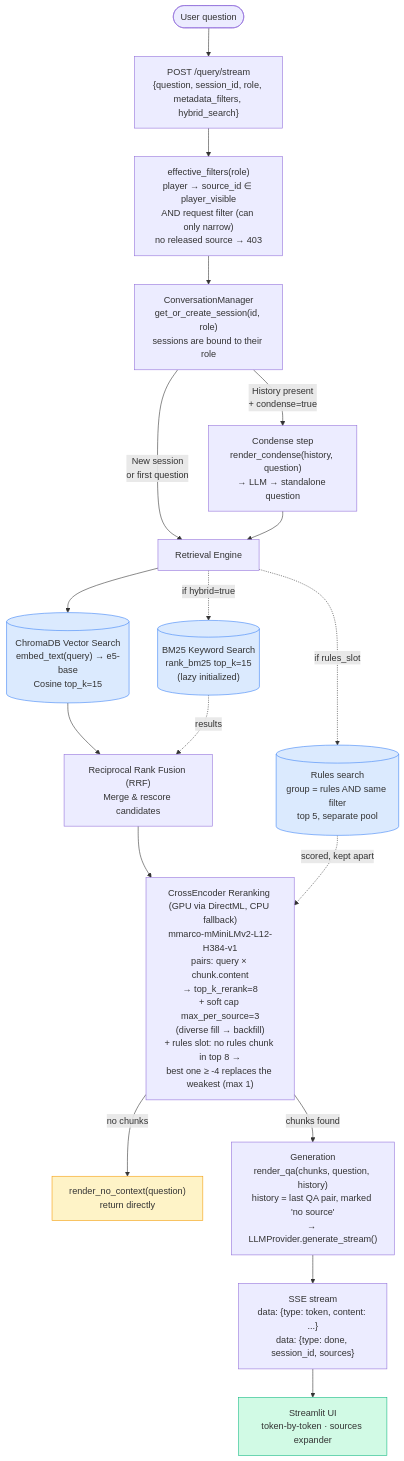
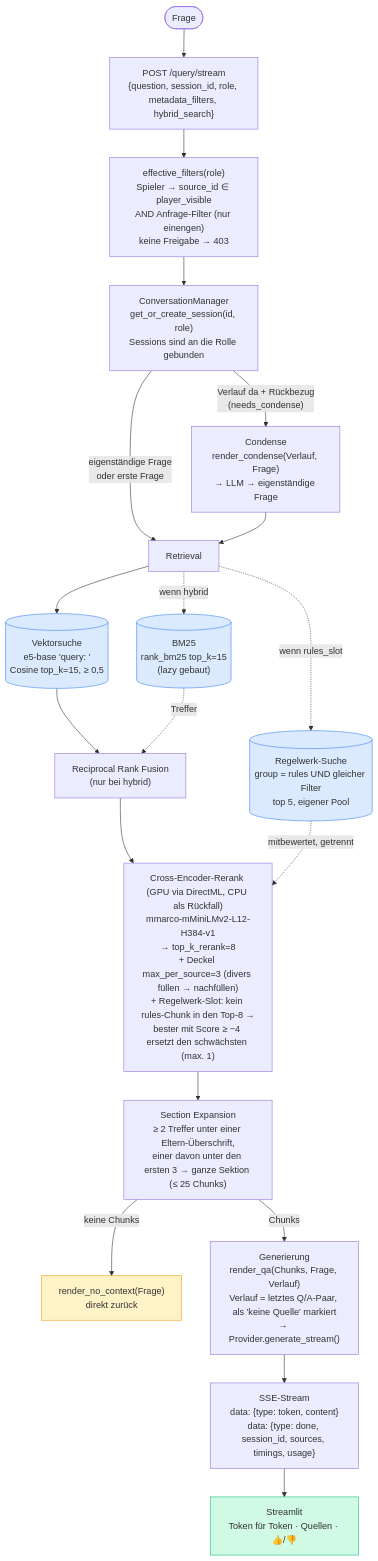
Before and after one commit to FabianHentrich/lorekeeper: the second of 5 diagrams in docs/data-flow.md, drawn with Mermaid. The commit also changed other lines of this file and 15 other files, not shown here.

First line of the commit message:
Docs in German, one place per fact, drop the changelog

````diff
--- a/docs/data-flow.md
+++ b/docs/data-flow.md
@@ -64,40 +68,41 @@
 ```mermaid
 flowchart TD
-    USER([User question]) --> API["POST /query/stream\n{question, session_id, role, metadata_filters, hybrid_search}"]
+    USER([Frage]) --> API["POST /query/stream\n{question, session_id, role, metadata_filters, hybrid_search}"]
 
-    API --> ACCESS["effective_filters(role)\nplayer → source_id ∈ player_visible\nAND request filter (can only narrow)\nno released source → 403"]
-    ACCESS --> CM["ConversationManager\nget_or_create_session(id, role)\nsessions are bound to their role"]
+    API --> ACCESS["effective_filters(role)\nSpieler → source_id ∈ player_visible\nAND Anfrage-Filter (nur einengen)\nkeine Freigabe → 403"]
+    ACCESS --> CM["ConversationManager\nget_or_create_session(id, role)\nSessions sind an die Rolle gebunden"]
 
-    CM -->|"History present\n+ condense=true"| COND["Condense step\nrender_condense(history, question)\n→ LLM → standalone question"]
-    CM -->|"New session\nor first question"| RET
+    CM -->|"Verlauf da + Rückbezug\n(needs_condense)"| COND["Condense\nrender_condense(Verlauf, Frage)\n→ LLM → eigenständige Frage"]
+    CM -->|"eigenständige Frage\noder erste Frage"| RET
 
     COND --> RET
 
-    RET["Retrieval Engine"]
+    RET["Retrieval"]
 
-    RET --> VEC[("ChromaDB Vector Search\nembed_text(query) → e5-base\nCosine top_k=15")]
-    RET -.->|"if hybrid=true"| BM25[("BM25 Keyword Search\nrank_bm25 top_k=15\n(lazy initialized)")]
+    RET --> VEC[("Vektorsuche\ne5-base 'query: '\nCosine top_k=15, ≥ 0,5")]
+    RET -.->|"wenn hybrid"| BM25[("BM25\nrank_bm25 top_k=15\n(lazy gebaut)")]
+    RET -.->|"wenn rules_slot"| RULES[("Regelwerk-Suche\ngroup = rules UND gleicher Filter\ntop 5, eigener Pool")]
 
-    RET -.->|"if rules_slot"| RULES[("Rules search\ngroup = rules AND same filter\ntop 5, separate pool")]
+    VEC --> RRF["Reciprocal Rank Fusion\n(nur bei hybrid)"]
+    BM25 -.->|"Treffer"| RRF
 
-    VEC --> RRF["Reciprocal Rank Fusion (RRF)\nMerge & rescore candidates"]
-    BM25 -.->|"results"| RRF
+    RRF --> RERANK["Cross-Encoder-Rerank (GPU via DirectML, CPU als Rückfall)\nmmarco-mMiniLMv2-L12-H384-v1\n→ top_k_rerank=8\n+ Deckel max_per_source=3 (divers füllen → nachfüllen)\n+ Regelwerk-Slot: kein rules-Chunk in den Top-8 →\nbester mit Score ≥ −4 ersetzt den schwächsten (max. 1)"]
+    RULES -.->|"mitbewertet, getrennt"| RERANK
 
-    RRF --> RERANK["CrossEncoder Reranking (GPU via DirectML, CPU fallback)\nmmarco-mMiniLMv2-L12-H384-v1\npairs: query × chunk.content\n→ top_k_rerank=8\n+ soft cap max_per_source=3\n(diverse fill → backfill)\n+ rules slot: no rules chunk in top 8 →\nbest one ≥ -4 replaces the weakest (max 1)"]
-    RULES -.->|"scored, kept apart"| RERANK
+    RERANK --> EXP["Section Expansion\n≥ 2 Treffer unter einer Eltern-Überschrift,\neiner davon unter den ersten 3 → ganze Sektion (≤ 25 Chunks)"]
 
-    RERANK -->|"no chunks"| NOCX["render_no_context(question)\nreturn directly"]
-    RERANK -->|"chunks found"| GEN
+    EXP -->|"keine Chunks"| NOCX["render_no_context(Frage)\ndirekt zurück"]
+    EXP -->|"Chunks"| GEN
 
-    GEN["Generation\nrender_qa(chunks, question, history)\nhistory = last QA pair, marked 'no source'\n→ LLMProvider.generate_stream()"]
+    GEN["Generierung\nrender_qa(Chunks, Frage, Verlauf)\nVerlauf = letztes Q/A-Paar, als 'keine Quelle' markiert\n→ Provider.generate_stream()"]
 
-    GEN --> SSE["SSE stream\ndata: {type: token, content: ...}\ndata: {type: done, session_id, sources}"]
+    GEN --> SSE["SSE-Stream\ndata: {type: token, content}\ndata: {type: done, session_id, sources, timings, usage}"]
 
-    SSE --> UI["Streamlit UI\ntoken-by-token · sources expander"]
+    SSE --> UI["Streamlit\nToken für Token · Quellen · 👍/👎"]
 
     style VEC fill:#dbeafe,stroke:#3b82f6
     style BM25 fill:#dbeafe,stroke:#3b82f6
     style RULES fill:#dbeafe,stroke:#3b82f6
     style NOCX fill:#fef3c7,stroke:#f59e0b
     style UI fill:#d1fae5,stroke:#10b981
 ```
````
